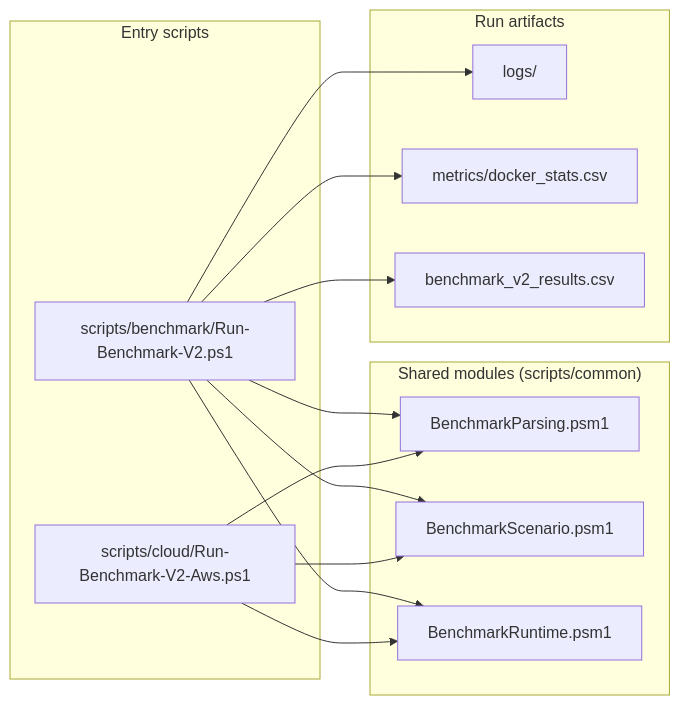
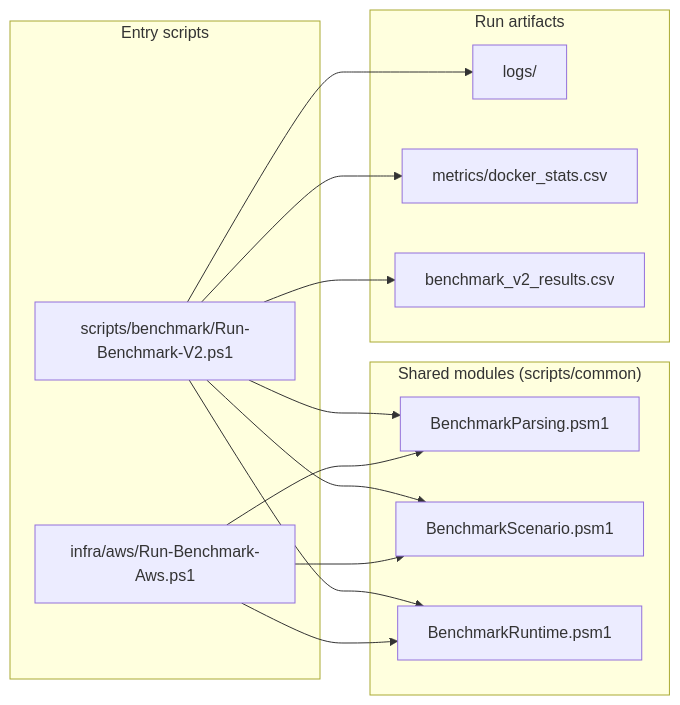
One commit to brainy-bots/arcane-scaling-benchmarks changed the diagram in docs/MODULE_INTERACTIONS.md. Above: the diagram before and after it, drawn with Mermaid. The commit also changed other lines of this file and 51 other files, not shown here.

````diff
--- a/docs/MODULE_INTERACTIONS.md
+++ b/docs/MODULE_INTERACTIONS.md
@@ -5,30 +5,30 @@
 ```mermaid
 flowchart LR
   subgraph Entry["Entry scripts"]
     V2["scripts/benchmark/Run-Benchmark-V2.ps1"]
-    Cloud["scripts/cloud/Run-Benchmark-V2-Aws.ps1"]
+    Cloud["infra/aws/Run-Benchmark-Aws.ps1"]
   end
 
   subgraph Shared["Shared modules (scripts/common)"]
     Parse["BenchmarkParsing.psm1"]
     Scenario["BenchmarkScenario.psm1"]
     Runtime["BenchmarkRuntime.psm1"]
   end
 
   subgraph Outputs["Run artifacts"]
     Logs["logs/"]
     Metrics["metrics/docker_stats.csv"]
     Results["benchmark_v2_results.csv"]
   end
 
   V2 --> Parse
   V2 --> Scenario
   V2 --> Runtime
   Cloud --> Parse
   Cloud --> Scenario
   Cloud --> Runtime
 
   V2 --> Logs
   V2 --> Metrics
   V2 --> Results
 ```
````
